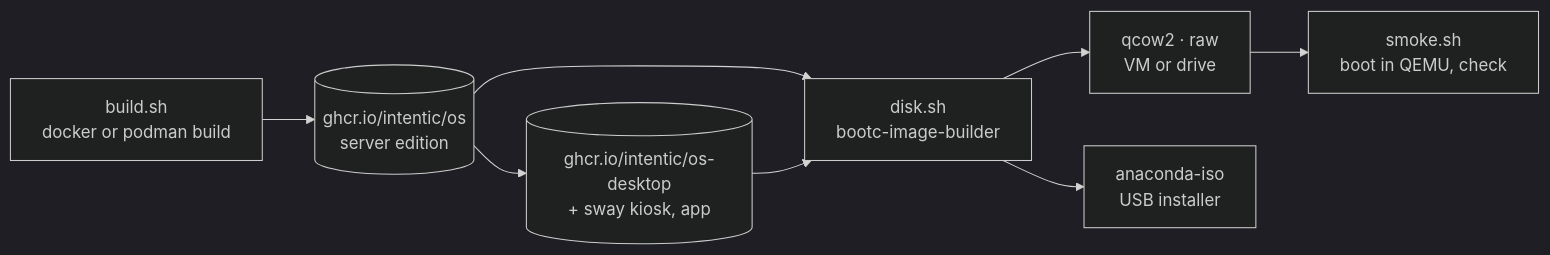
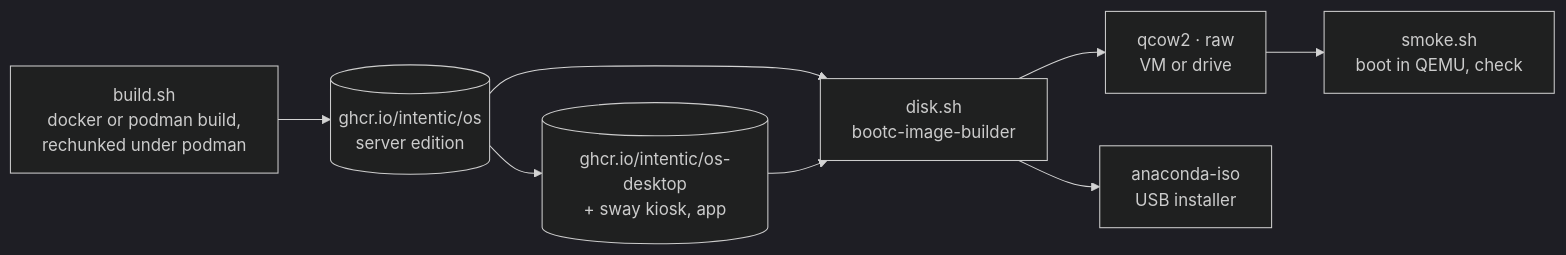
The diagram in _os/os-image/README.md (intentic/intentic), drawn with Mermaid (dark theme) before and after one commit. The commit also changed other lines of this file and 23 other files, not shown here.

````diff
--- a/_os/os-image/README.md
+++ b/_os/os-image/README.md
@@ -5,10 +5,10 @@
 ```mermaid
 flowchart LR
-    build["build.sh<br/>docker or podman build"] --> server[("ghcr.io/intentic/os<br/>server edition")]
+    build["build.sh<br/>docker or podman build,<br/>rechunked under podman"] --> server[("ghcr.io/intentic/os<br/>server edition")]
     server --> desktop[("ghcr.io/intentic/os-desktop<br/>+ sway kiosk, app")]
     server --> disk["disk.sh<br/>bootc-image-builder"]
     desktop --> disk
     disk --> qcow2["qcow2 · raw<br/>VM or drive"]
     disk --> iso["anaconda-iso<br/>USB installer"]
     qcow2 --> smoke["smoke.sh<br/>boot in QEMU, check"]
 ```
````
